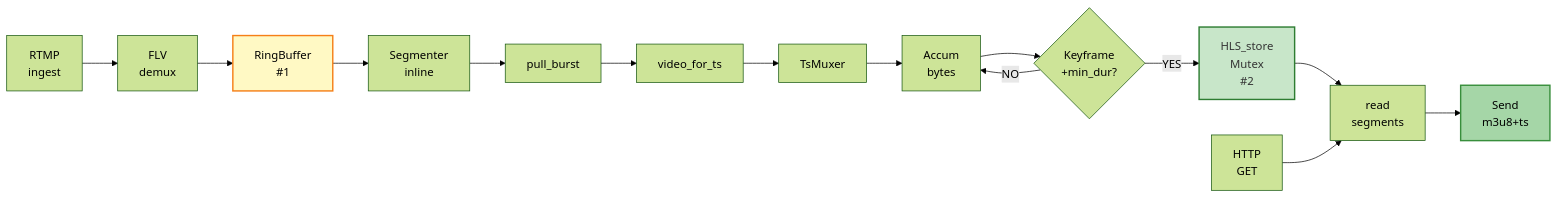
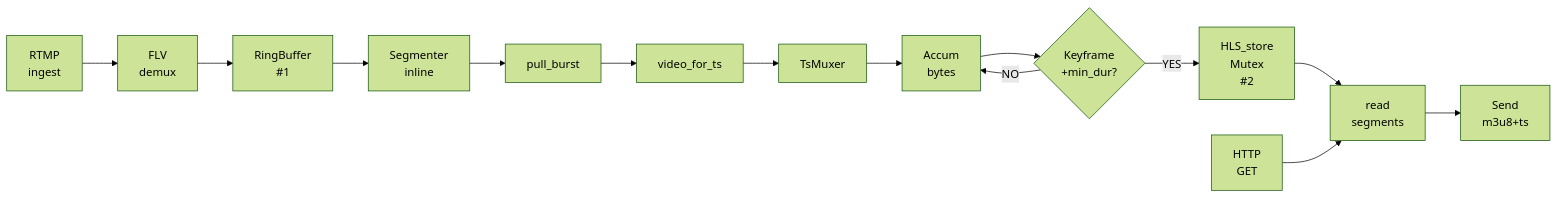
Diagram 11 of 24 in docs/run-to-completion-analysis.md (krsna1729/restream), drawn with Mermaid (forest theme) before and after one commit. The commit also changed other lines of this file and 6 other files, not shown here.

First line of the commit message:
docs: retire duplicate SVG and styled diagram variants

````diff
--- a/docs/run-to-completion-analysis.md
+++ b/docs/run-to-completion-analysis.md
@@ -423,12 +343,8 @@
 ```mermaid
-graph LR
+flowchart LR
     A["RTMP<br/>ingest"] --> B["FLV<br/>demux"] --> C["RingBuffer<br/>#1"] --> D["Segmenter<br/>inline"]
     D --> E["pull_burst"] --> F["video_for_ts"] --> G["TsMuxer"] --> H["Accum<br/>bytes"]
     H --> I{"Keyframe<br/>+min_dur?"} -->|YES| J["HLS_store<br/>Mutex<br/>#2"] --> L["read<br/>segments"]
     I -->|NO| H
     K["HTTP<br/>GET"] --> L --> M["Send<br/>m3u8+ts"]
-    
-    style C fill:#fff9c4,stroke:#f57f17,stroke-width:2px,color:#000
-    style J fill:#c8e6c9,stroke:#2e7d32,stroke-width:2px,color:#333
-    style M fill:#a5d6a7,stroke:#388e3c,stroke-width:2px,color:#000
 ```
````
